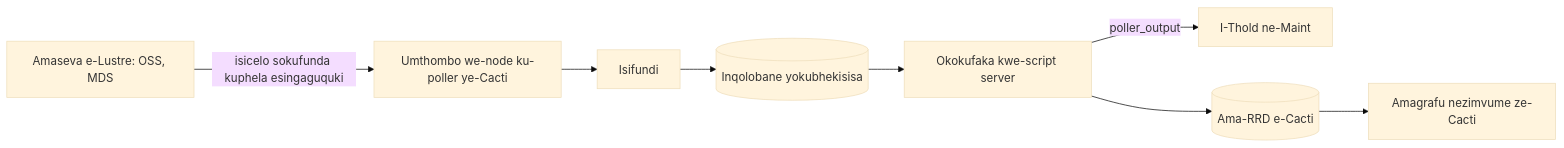
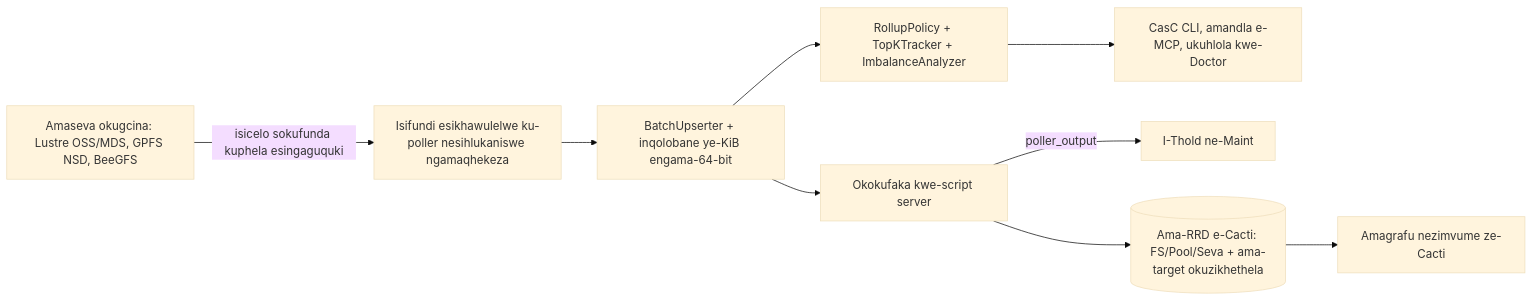
One commit to somethingwithproof/plugin_pfs changed the diagram in docs/i18n/zu-ZA/README.md. Above: the diagram before and after it, drawn with Mermaid (base theme). The commit also changed other lines of this file and 47 other files, not shown here.

````diff
--- a/docs/i18n/zu-ZA/README.md
+++ b/docs/i18n/zu-ZA/README.md
@@ -74,10 +82,11 @@
 ```mermaid
 flowchart LR
-    N["Amaseva e-Lustre: OSS, MDS"] -->|isicelo sokufunda kuphela esingaguquki| S["Umthombo we-node ku-poller ye-Cacti"]
-    S --> R["Isifundi"]
-    R --> C[("Inqolobane yokubhekisisa")]
-    C --> SS["Okokufaka kwe-script server"]
+    N["Amaseva okugcina: Lustre OSS/MDS, GPFS NSD, BeeGFS"] -->|isicelo sokufunda kuphela esingaguquki| S["Isifundi esikhawulelwe ku-poller nesihlukaniswe ngamaqhekeza"]
+    S --> B["BatchUpserter + inqolobane ye-KiB engama-64-bit"]
+    B --> R["RollupPolicy + TopKTracker + ImbalanceAnalyzer"]
+    B --> SS["Okokufaka kwe-script server"]
+    R --> ECO["CasC CLI, amandla e-MCP, ukuhlola kwe-Doctor"]
     SS -->|poller_output| T["I-Thold ne-Maint"]
-    SS --> RRD[("Ama-RRD e-Cacti")]
+    SS --> RRD[("Ama-RRD e-Cacti: FS/Pool/Seva + ama-target okuzikhethela")]
     RRD --> G["Amagrafu nezimvume ze-Cacti"]
 ```
````
